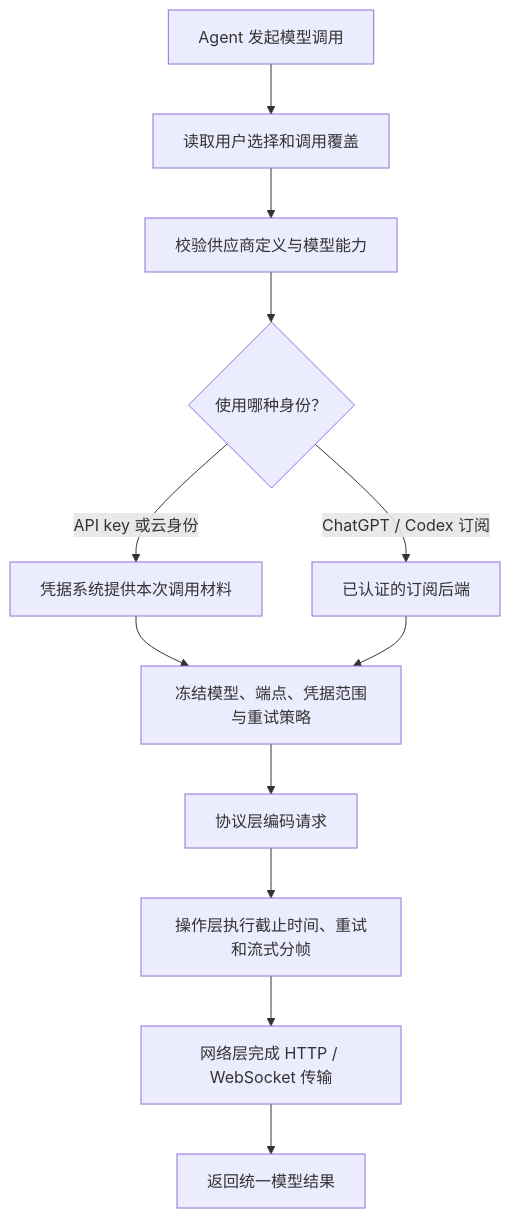
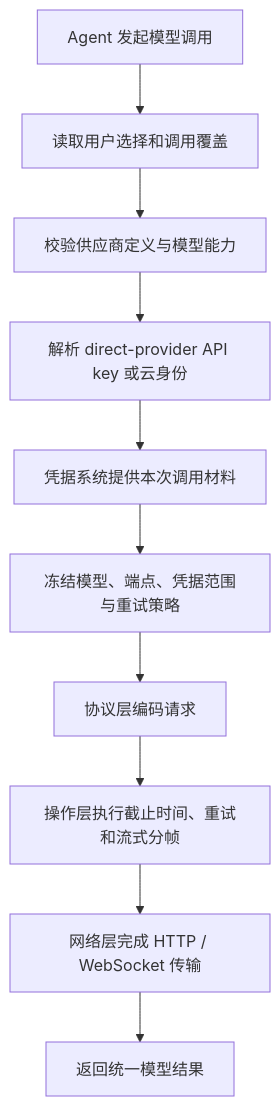
One commit to chogng/zeta changed the diagram in docs/model-provider.md. Above: the diagram before and after it, drawn with Mermaid. The commit also changed other lines of this file and 189 other files, not shown here.

Commit message:
refactor(repo): reorganize project architecture

````diff
--- a/docs/model-provider.md
+++ b/docs/model-provider.md
@@ -34,14 +35,12 @@
 ```mermaid
 flowchart TD
     request["Agent 发起模型调用"] --> select["读取用户选择和调用覆盖"]
     select --> definition["校验供应商定义与模型能力"]
-    definition --> identity{"使用哪种身份？"}
-    identity -- "API key 或云身份" --> credential["凭据系统提供本次调用材料"]
-    identity -- "ChatGPT / Codex 订阅" --> subscription["已认证的订阅后端"]
+    definition --> identity["解析 direct-provider API key 或云身份"]
+    identity --> credential["凭据系统提供本次调用材料"]
     credential --> binding["冻结模型、端点、凭据范围与重试策略"]
-    subscription --> binding
     binding --> encode["协议层编码请求"]
     encode --> operation["操作层执行截止时间、重试和流式分帧"]
     operation --> transport["网络层完成 HTTP / WebSocket 传输"]
     transport --> result["返回统一模型结果"]
 ```
````
